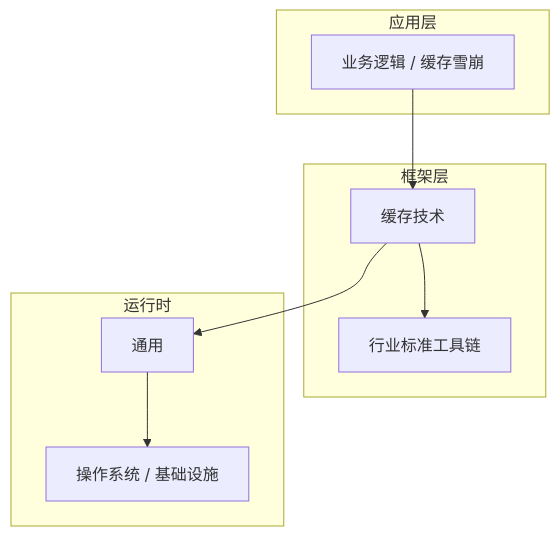
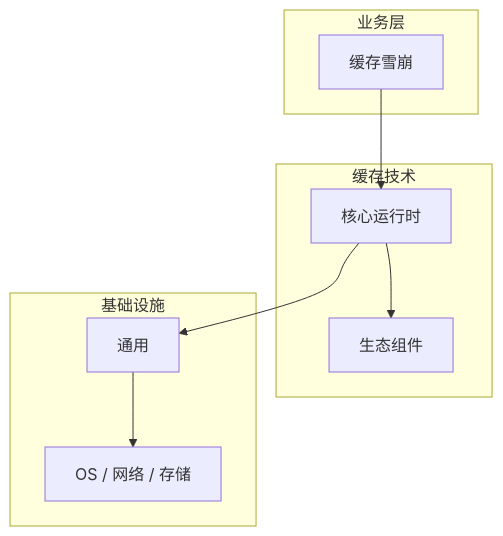
One commit to yanggan2015/knowledge-json-v2 changed the diagram in articles/缓存技术/chapters/025-缓存雪崩核心概念与原理.md. Above: the diagram before and after it, drawn with Mermaid. The commit also changed other lines of this file and 10127 other files, not shown here.

````diff
--- a/articles/缓存技术/chapters/025-缓存雪崩核心概念与原理.md
+++ b/articles/缓存技术/chapters/025-缓存雪崩核心概念与原理.md
@@ -45,18 +34,18 @@
 ```mermaid
 graph TB
-    subgraph 应用层
-        A[业务逻辑 / 缓存雪崩]
+    subgraph 业务层
+        A[缓存雪崩]
     end
-    subgraph 框架层
-        B[缓存技术]
-        C[行业标准工具链]
+    subgraph 缓存技术
+        B[核心运行时]
+        C[生态组件]
     end
-    subgraph 运行时
+    subgraph 基础设施
         D[通用]
-        E[操作系统 / 基础设施]
+        E[OS / 网络 / 存储]
     end
     A --> B
     B --> C
     B --> D
     D --> E
 ```
````
